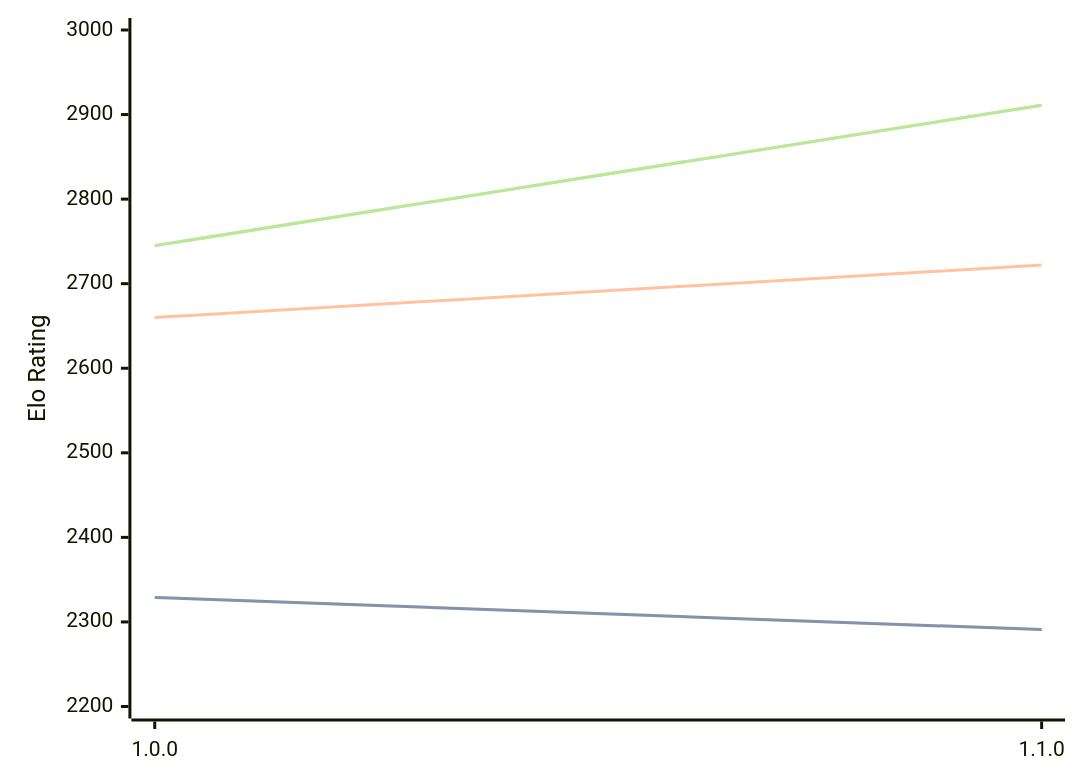
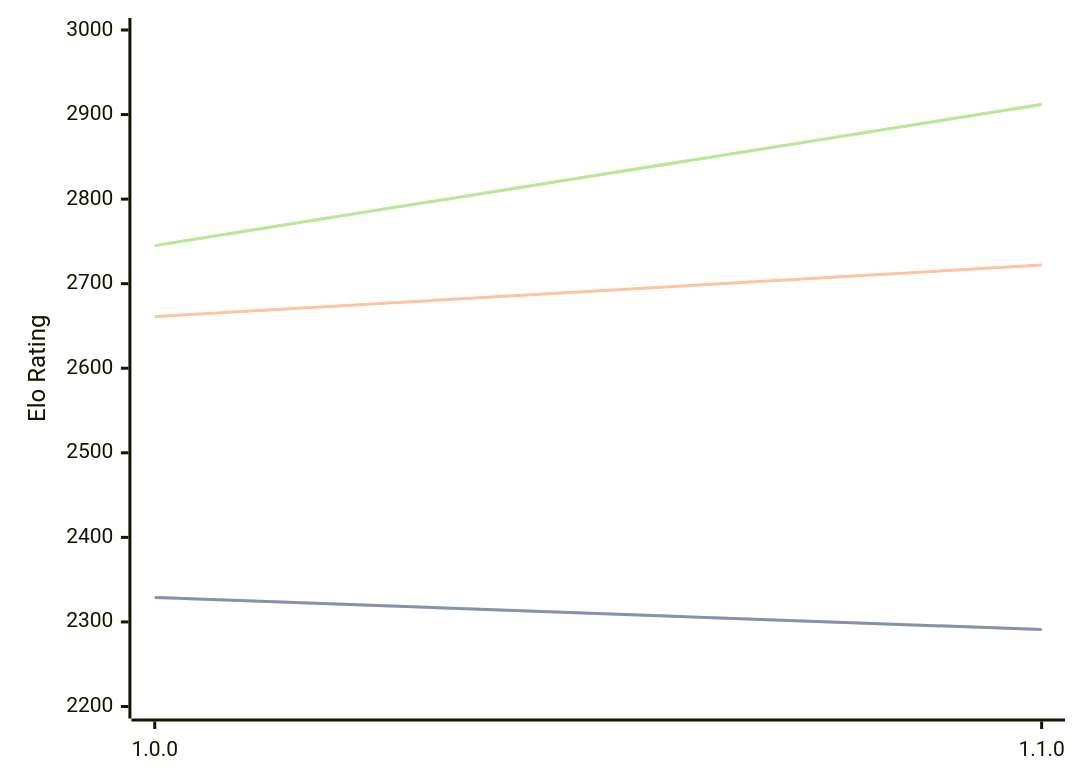
The diagram in engines/ShallowGuess.md (computer-chess-index/cci), drawn with Mermaid before and after one commit. The commit also changed other lines of this file, not shown here.

Commit message:
Update CCI Ratings (ELO VLTC) - 2026-09-13

````diff
--- a/engines/ShallowGuess.md
+++ b/engines/ShallowGuess.md
@@ -32,11 +32,11 @@
 ```mermaid
 %%{init: {"theme":"base","themeVariables":{"seriesColors:['#a3a3a3','#222221','#faa371']}}}%%
 xychart-beta
   x-axis ["1.0.0", "1.1.0"]
   y-axis "Elo Rating" 2200 --> 3000
   line "" [2329, 2291]
   line "STC (8.0+0.08s)" [2329, 2291]
-  line "LTC (60.0+0.60s)" [2660, 2722]
-  line "" [2745, 2911]
-  line "VLTC (2m24s+1.12s)" [2745, 2911]
+  line "LTC (60.0+0.60s)" [2661, 2722]
+  line "" [2745, 2912]
+  line "VLTC (2m24s+1.12s)" [2745, 2912]
 ```
````
